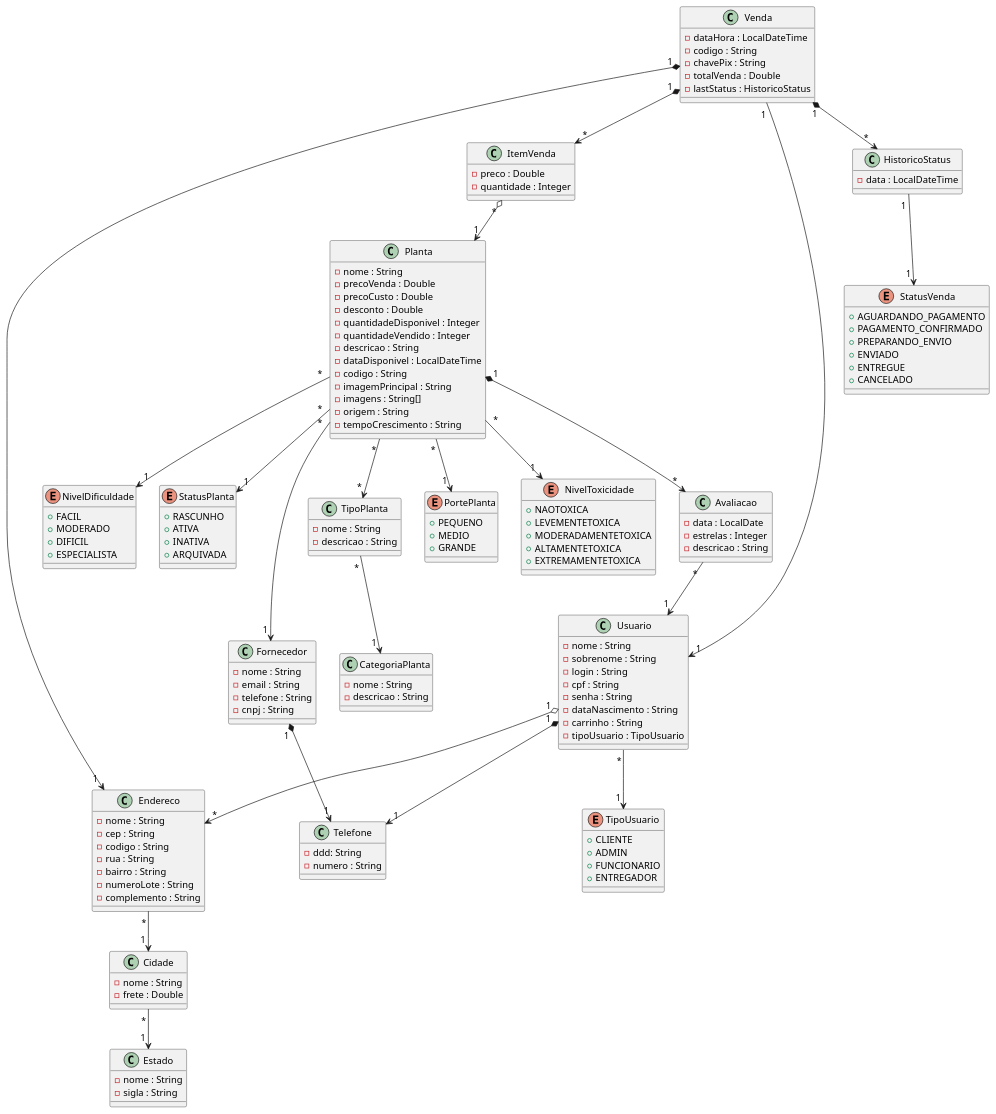
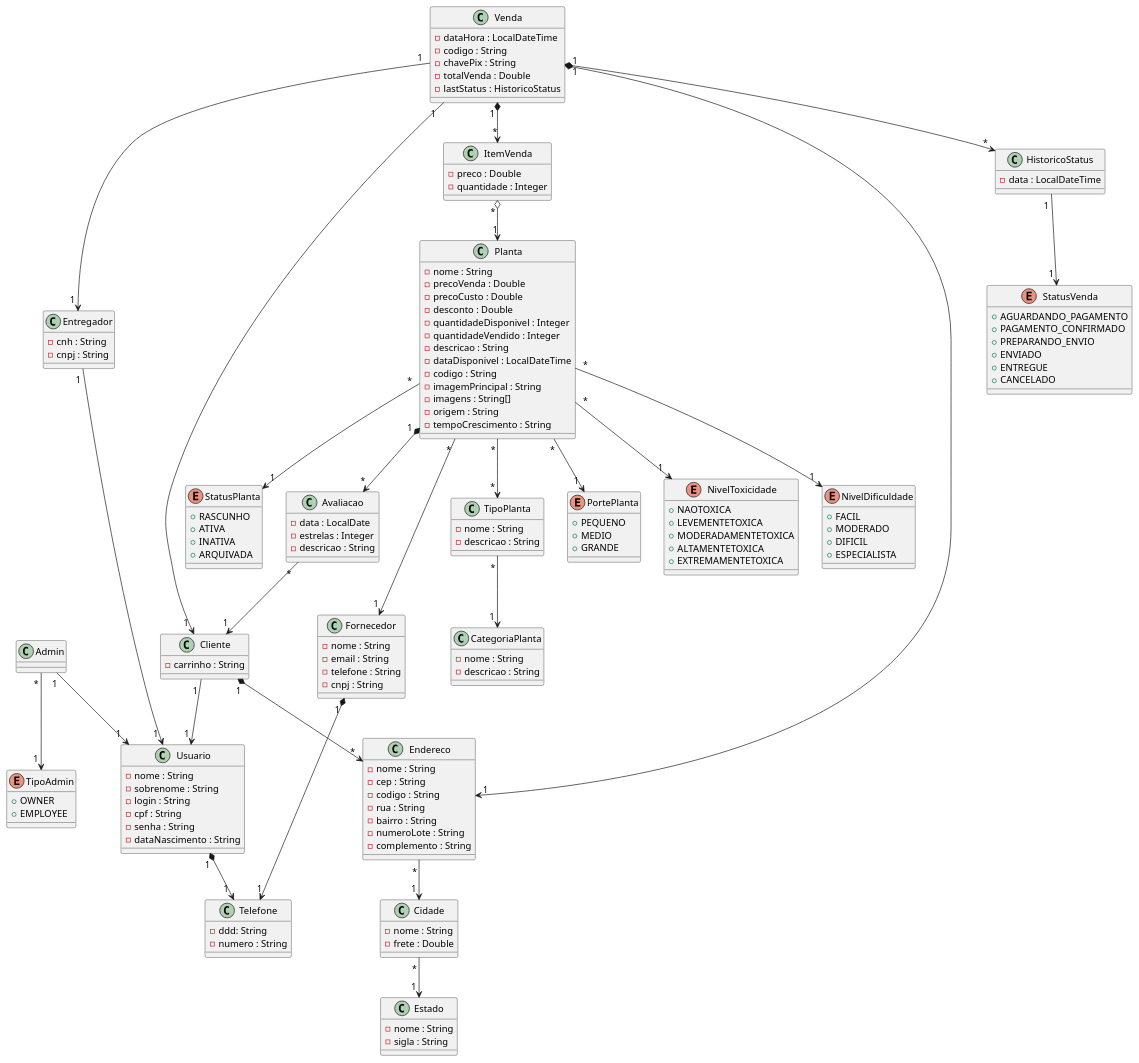
One commit to bealfredo/tp-floricultura-quarkus changed the diagram in others/diagrama.plantuml. Above: the diagram before and after it, drawn with PlantUML.

Commit message:
plantuml 42.8

```diff
--- a/others/diagrama.plantuml
+++ b/others/diagrama.plantuml
@@ -1,174 +1,188 @@
 @startuml TrabalhoTopicos
 
 class Usuario {
   - nome : String
   - sobrenome : String
   - login : String
   - cpf : String
   - senha : String
   - dataNascimento : String
-  - carrinho : String
-  - tipoUsuario : TipoUsuario
 }
 
-Usuario " * " --> " 1 " TipoUsuario
-Usuario " 1 " o--> " * " Endereco
 Usuario " 1 " *--> " 1 " Telefone
 
-enum TipoUsuario{
-  + CLIENTE
-  + ADMIN
-  + FUNCIONARIO
-  + ENTREGADOR
+class Cliente {
+  - carrinho : String
 }
+
+class Entregador {
+  - cnh : String
+  - cnpj : String
+}
+
+Entregador " 1 " --> " 1 " Usuario
+
+class Admin {
+} 
+
+Admin " 1 " --> " 1 " Usuario
+Admin " * " --> " 1 " TipoAdmin
+
+enum TipoAdmin {
+  + OWNER
+  + EMPLOYEE
+}
+
+Cliente " 1 " --> " 1 " Usuario
+Cliente " 1 " *--> " * " Endereco
 
 class Endereco {
   - nome : String
   - cep : String
   - codigo : String
   - rua : String
   - bairro : String
   - numeroLote : String
   - complemento : String
 }
 
 Endereco " * " --> " 1 " Cidade
 
 class Cidade {
   - nome : String
   - frete : Double
 }
 
 Cidade " * " --> " 1 " Estado
 
 class Estado {
   - nome : String
   - sigla : String
 }
 
 class Fornecedor {
   - nome : String
   - email : String
   - telefone : String
   - cnpj : String
 }
 
 Fornecedor " 1 " *--> " 1" Telefone
 
 class CategoriaPlanta {
   - nome : String
   - descricao : String
 }
 
 class TipoPlanta {
   - nome : String
   - descricao : String
 }
 
 TipoPlanta " * " --> " 1 " CategoriaPlanta
 
 class Planta {
   - nome : String
   - precoVenda : Double
   - precoCusto : Double
   - desconto : Double
   - quantidadeDisponivel : Integer
   - quantidadeVendido : Integer
   - descricao : String
   - dataDisponivel : LocalDateTime
   - codigo : String
   - imagemPrincipal : String
   - imagens : String[]
   - origem : String
   - tempoCrescimento : String
 }
 
 Planta " * " --> " 1 " PortePlanta
 Planta " * " --> " 1 " NivelToxicidade
 Planta " * " --> " 1 " NivelDificuldade
 Planta " * " --> " * " TipoPlanta
 Planta " * " --> " 1 " StatusPlanta
 Planta " * " --> " 1 " Fornecedor
 
 enum NivelToxicidade {
   + NAOTOXICA
   + LEVEMENTETOXICA
   + MODERADAMENTETOXICA
   + ALTAMENTETOXICA
   + EXTREMAMENTETOXICA
 }
 
 enum NivelDificuldade {
   + FACIL
   + MODERADO
   + DIFICIL
   + ESPECIALISTA 
 }
 
 enum PortePlanta {
   + PEQUENO
   + MEDIO
   + GRANDE
 }
 
 enum StatusPlanta {
   + RASCUNHO
   + ATIVA
   + INATIVA
   + ARQUIVADA
 }
 
 
 class ItemVenda {
   - preco : Double
   - quantidade : Integer
 }
 
 ItemVenda " * " o--> " 1" Planta
 
 
 class HistoricoStatus {
   - data : LocalDateTime
 }
 
 enum StatusVenda {
   + AGUARDANDO_PAGAMENTO
   + PAGAMENTO_CONFIRMADO
   + PREPARANDO_ENVIO
   + ENVIADO
   + ENTREGUE
   + CANCELADO
 }
 
 HistoricoStatus " 1 " --> " 1 " StatusVenda
 
 class Venda {
   - dataHora : LocalDateTime
   - codigo : String
   - chavePix : String
   - totalVenda : Double
   - lastStatus : HistoricoStatus
 }
 
 Venda " 1 " *--> " *" ItemVenda
 Venda " 1 " *--> " * " HistoricoStatus
-Venda " 1 " --> " 1 " Usuario
+Venda " 1 " --> " 1 " Cliente
 Venda " 1 " *--> " 1 " Endereco
+Venda " 1 " --> " 1 " Entregador
 
 class Avaliacao {
    - data : LocalDate
    - estrelas : Integer
    - descricao : String
 }
 
-Avaliacao " * " --> " 1 " Usuario
+Avaliacao " * " --> " 1 " Cliente
 Planta " 1 " *--> " * " Avaliacao
 
 class Telefone {
   - ddd: String
   - numero : String
 }
 
 
-
 @enduml
```
